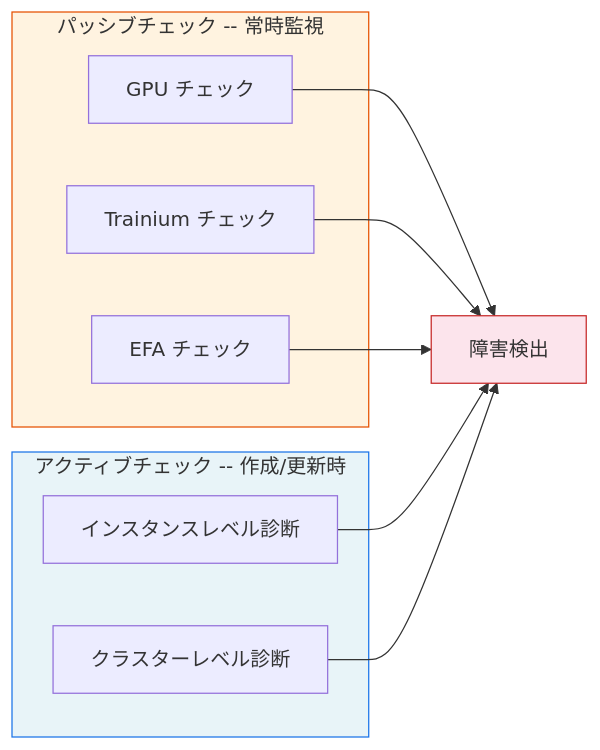
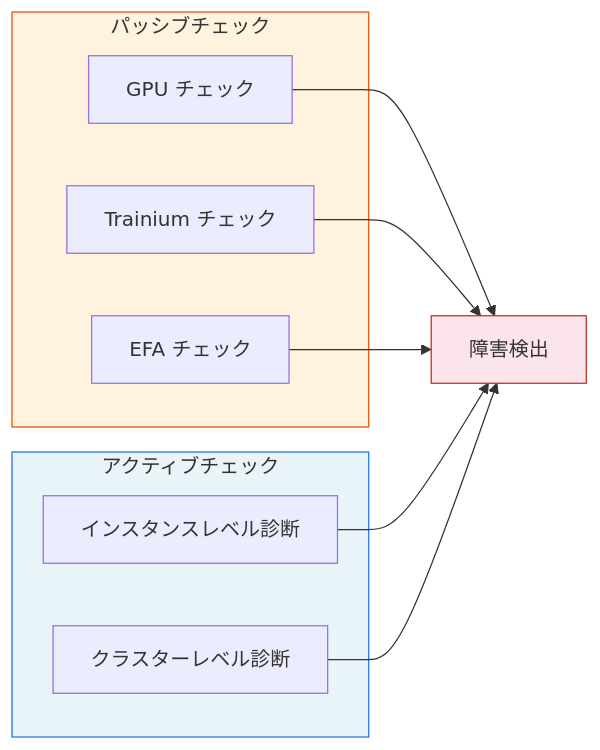
Before and after one commit to littlemex/zenn: the second of 6 diagrams in articles/0742d879958d3a.md, drawn with Mermaid. The commit also changed other lines of this file, not shown here.

````diff
--- a/articles/0742d879958d3a.md
+++ b/articles/0742d879958d3a.md
@@ -136,23 +74,23 @@
 ```mermaid
 graph LR
-    subgraph PASSIVE["パッシブチェック -- 常時監視"]
+    subgraph PASSIVE["パッシブチェック"]
         P1["GPU チェック"]
         P2["Trainium チェック"]
         P3["EFA チェック"]
     end
 
-    subgraph ACTIVE["アクティブチェック -- 作成/更新時"]
+    subgraph ACTIVE["アクティブチェック"]
         A1["インスタンスレベル診断"]
         A2["クラスターレベル診断"]
     end
 
     P1 --> DETECT["障害検出"]
     P2 --> DETECT
     P3 --> DETECT
     A1 --> DETECT
     A2 --> DETECT
 
     style PASSIVE fill: #fff3e0,stroke: #e65100
     style ACTIVE fill: #e8f4f8,stroke: #1a73e8
     style DETECT fill: #fce4ec,stroke: #c62828
 ```
````
